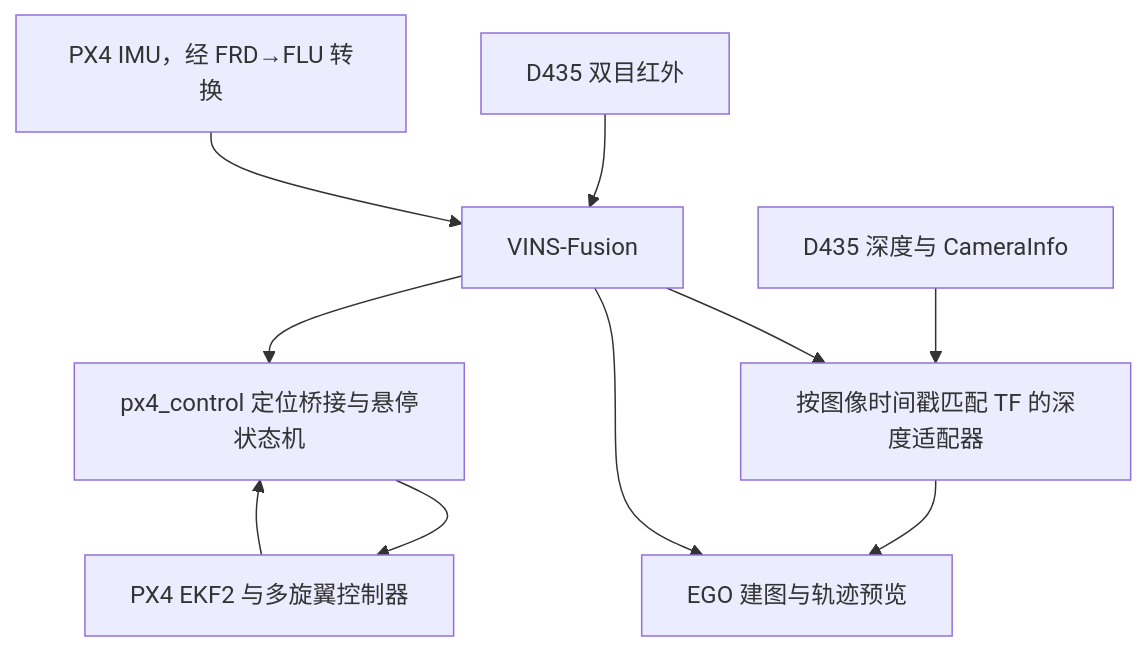
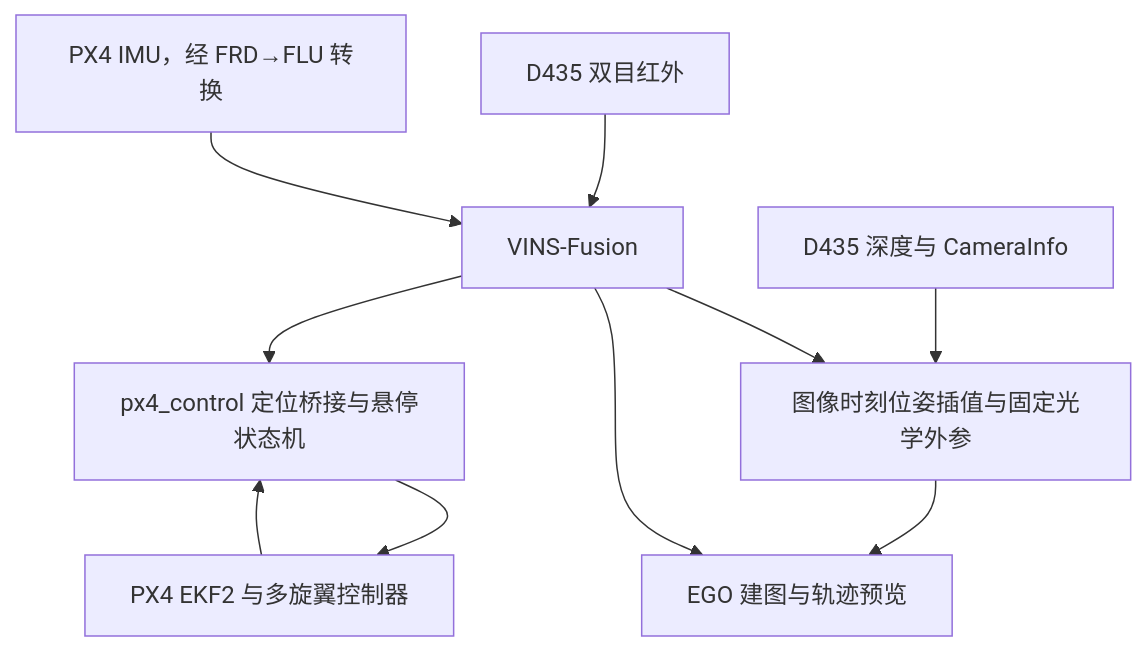
One commit to Spaaaace-yyj/RM_flying_robot_control changed the diagram in README.md. Above: the diagram before and after it, drawn with Mermaid. The commit also changed other lines of this file and 13 other files, not shown here.

````diff
--- a/README.md
+++ b/README.md
@@ -64,12 +66,12 @@
 ```mermaid
 flowchart TD
   IR["D435 双目红外"] --> V["VINS-Fusion"]
   IMU["PX4 IMU，经 FRD→FLU 转换"] --> V
   V --> B["px4_control 定位桥接与悬停状态机"]
   B --> P["PX4 EKF2 与多旋翼控制器"]
   P --> B
-  D["D435 深度与 CameraInfo"] --> A["按图像时间戳匹配 TF 的深度适配器"]
+  D["D435 深度与 CameraInfo"] --> A["图像时刻位姿插值与固定光学外参"]
   V --> A
   A --> E["EGO 建图与轨迹预览"]
   V --> E
 ```
````
